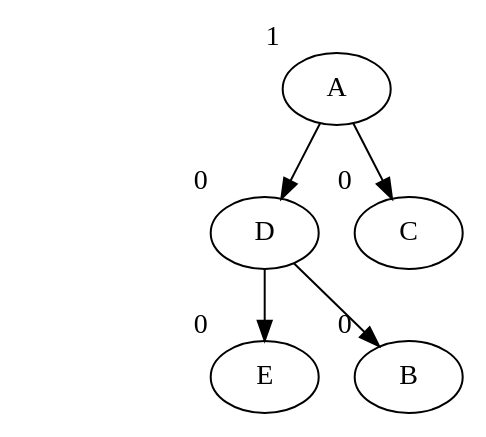
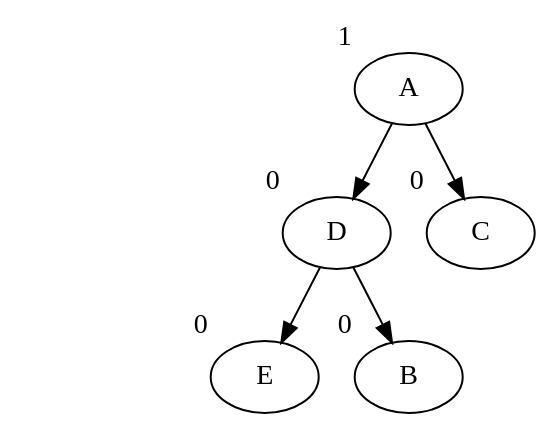
Before and after one commit to ssemenova/graphviz-trees: the diagram in 250/11-2b.dot, drawn with Graphviz. The commit also changed 5 other files, not shown here.

```diff
--- a/250/11-2b.dot
+++ b/250/11-2b.dot
@@ -1,29 +1,28 @@
 strict digraph {
     rank1 [style=invisible];
     rank2 [style=invisible];
     rank3 [style=invisible];
     rank1 -> rank2 [color=white];
-    rank2 -> rank3 [color=white];
 
     A [xlabel = "1"];
     B [xlabel = "0"];
     C [xlabel = "0"];
     D [xlabel = "0"];
     E [xlabel = "0"];
     A -> D;
     D -> B;
     D -> E;
     A -> C;
 
     {
         rank = same;
         rank2 -> D -> C [style=invis];
         rankdir = LR;
     }
 
     {
         rank = same;
         rank3 -> E -> B [style=invis];
         rankdir = LR;
     }
 }
```
